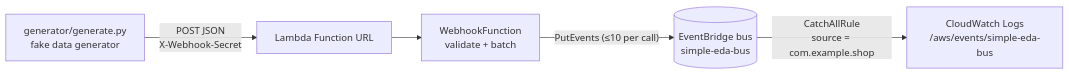
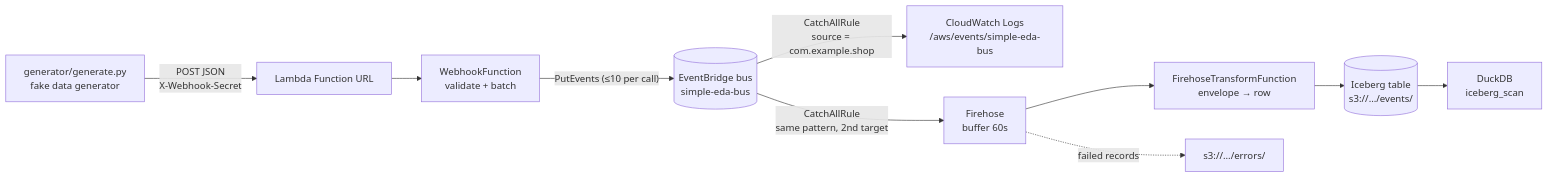
One commit to dataGriff/aws.eda.simple changed the diagram in README.md. Above: the diagram before and after it, drawn with Mermaid. The commit also changed other lines of this file and 10 other files, not shown here.

````diff
--- a/README.md
+++ b/README.md
@@ -10,7 +12,12 @@
 ```mermaid
 flowchart LR
     G[generator/generate.py<br/>fake data generator] -- "POST JSON<br/>X-Webhook-Secret" --> U[Lambda Function URL]
     U --> L[WebhookFunction<br/>validate + batch]
     L -- "PutEvents (≤10 per call)" --> B[(EventBridge bus<br/>simple-eda-bus)]
     B -- "CatchAllRule<br/>source = com.example.shop" --> C[CloudWatch Logs<br/>/aws/events/simple-eda-bus]
+    B -- "CatchAllRule<br/>same pattern, 2nd target" --> F[Firehose<br/>buffer 60s]
+    F --> T[FirehoseTransformFunction<br/>envelope → row]
+    T --> I[(Iceberg table<br/>s3://…/events/)]
+    I --> D[DuckDB<br/>iceberg_scan]
+    F -. "failed records" .-> E[s3://…/errors/]
 ```
````
